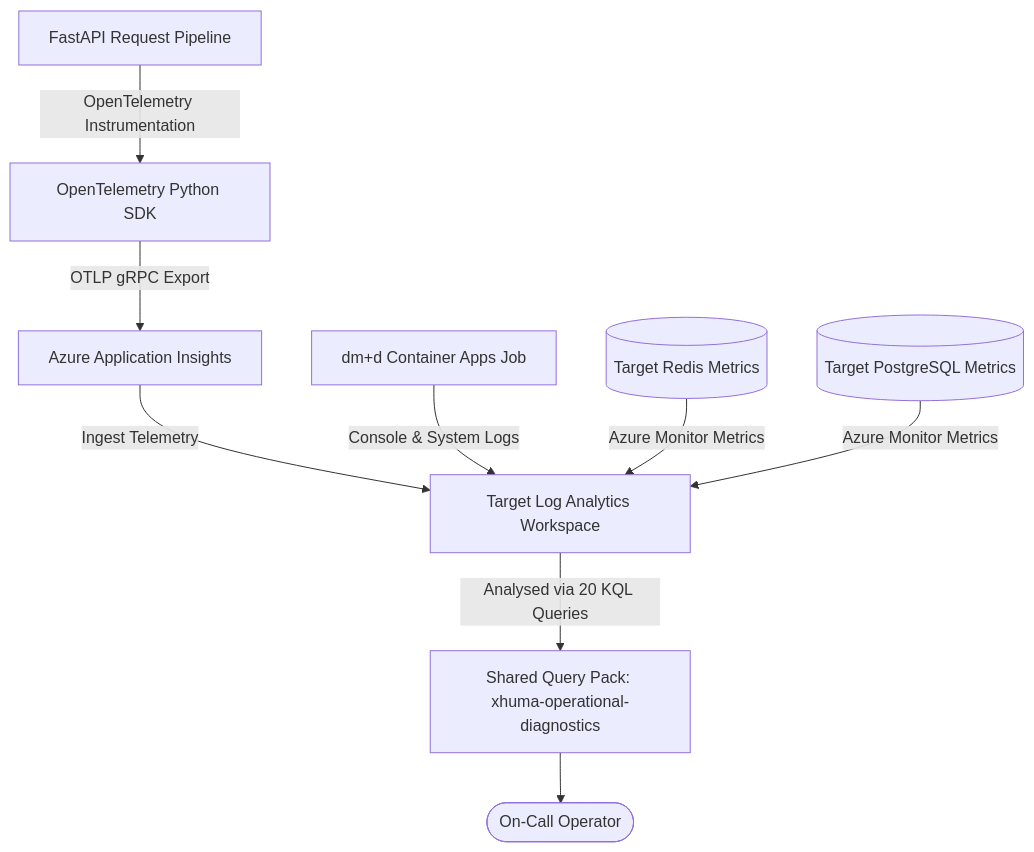
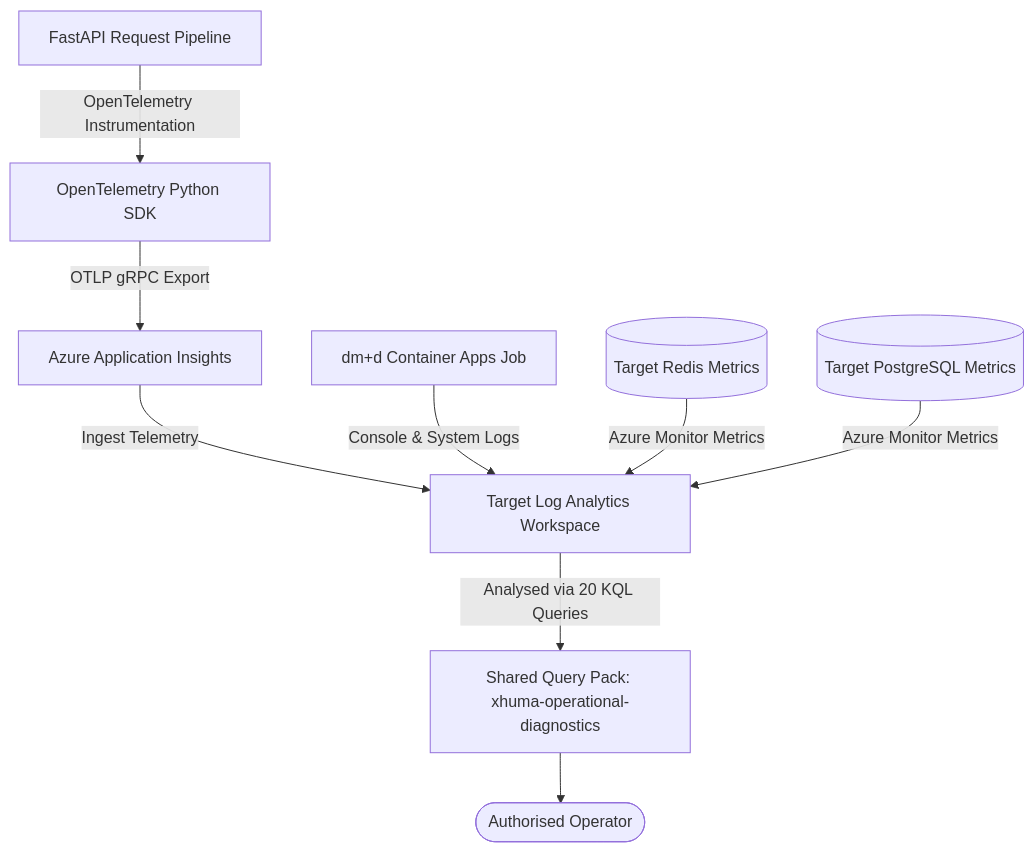
One commit to UCLH-Digital-Innovation-Hub/Xhuma changed the third of 9 diagrams in docs/architecture/data_flow.md. Above: the diagram before and after it, drawn with Mermaid. The commit also changed 3 other files, not shown here.

````diff
--- a/docs/architecture/data_flow.md
+++ b/docs/architecture/data_flow.md
@@ -57,13 +57,13 @@
 ```mermaid
 flowchart TD
     App[FastAPI Request Pipeline] -->|OpenTelemetry Instrumentation| SDK[OpenTelemetry Python SDK]
     SDK -->|OTLP gRPC Export| AI[Azure Application Insights]
     AI -->|Ingest Telemetry| LAW[Target Log Analytics Workspace]
     
     Job[dm+d Container Apps Job] -->|Console & System Logs| LAW
     Redis[(Target Redis Metrics)] -->|Azure Monitor Metrics| LAW
     PG[(Target PostgreSQL Metrics)] -->|Azure Monitor Metrics| LAW
     
     LAW -->|Analysed via 20 KQL Queries| QP[Shared Query Pack: xhuma-operational-diagnostics]
-    QP --> Operator([On-Call Operator])
+    QP --> Operator([Authorised Operator])
 ```
````
